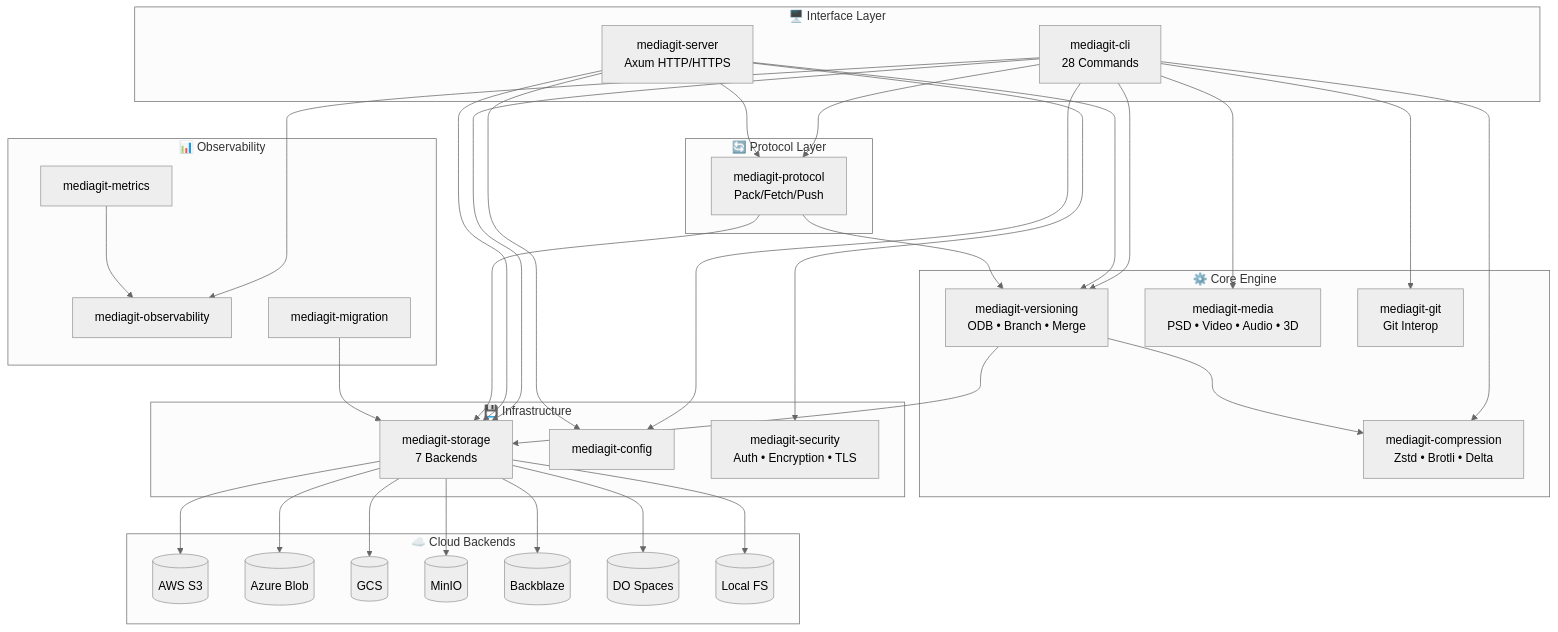
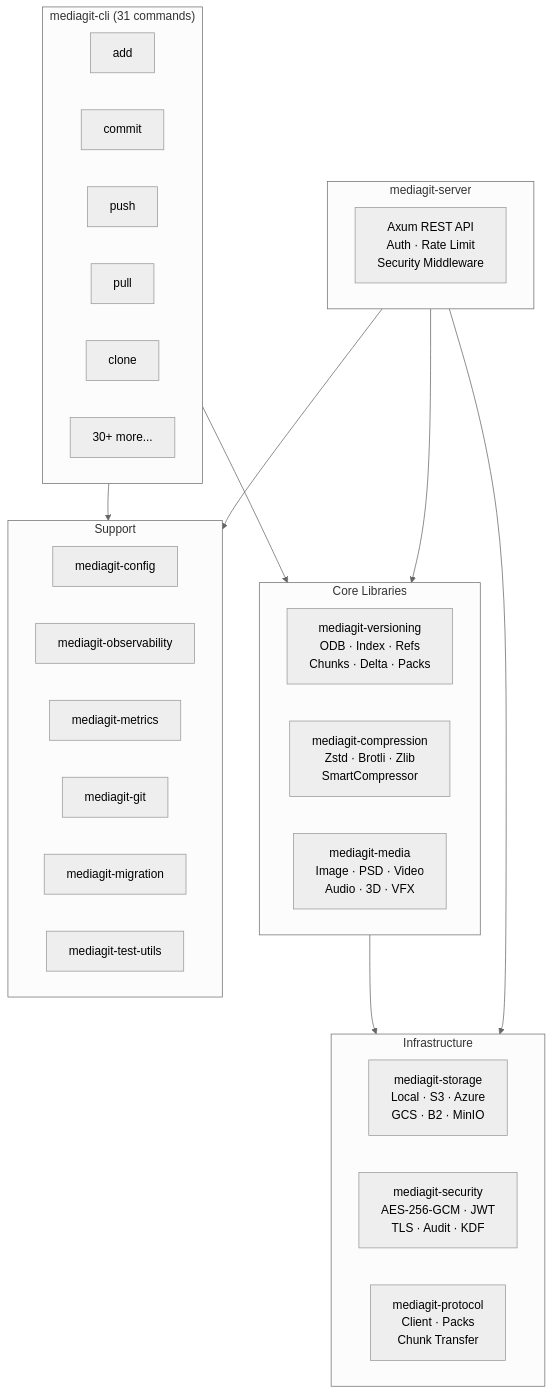
One commit to winnyboy5/mediagit-core changed the first of 11 diagrams in ARCHITECTURE.md. Above: the diagram before and after it, drawn with Mermaid (neutral theme). The commit also changed other lines of this file and 51 other files, not shown here.

````diff
--- a/ARCHITECTURE.md
+++ b/ARCHITECTURE.md
@@ -11,48 +10,43 @@
 ```mermaid
-flowchart TD
-    subgraph Interface["🖥️ Interface Layer"]
-        CLI["mediagit-cli<br/>28 Commands"]
-        SERVER["mediagit-server<br/>Axum HTTP/HTTPS"]
+graph TD
+    subgraph CLI["mediagit-cli (31 commands)"]
+        ADD["add"]
+        COMMIT["commit"]
+        PUSH["push"]
+        PULL["pull"]
+        CLONE["clone"]
+        OTHER["30+ more..."]
     end
-    
-    subgraph Protocol["🔄 Protocol Layer"]
-        PROTO["mediagit-protocol<br/>Pack/Fetch/Push"]
+
+    subgraph Core["Core Libraries"]
+        VER["mediagit-versioning<br/>ODB · Index · Refs<br/>Chunks · Delta · Packs"]
+        COMP["mediagit-compression<br/>Zstd · Brotli · Zlib<br/>SmartCompressor"]
+        MEDIA["mediagit-media<br/>Image · PSD · Video<br/>Audio · 3D · VFX"]
     end
-    
-    subgraph Core["⚙️ Core Engine"]
-        VERSIONING["mediagit-versioning<br/>ODB • Branch • Merge"]
-        COMPRESSION["mediagit-compression<br/>Zstd • Brotli • Delta"]
-        MEDIA["mediagit-media<br/>PSD • Video • Audio • 3D"]
-        GIT["mediagit-git<br/>Git Interop"]
+
+    subgraph Infra["Infrastructure"]
+        STORE["mediagit-storage<br/>Local · S3 · Azure<br/>GCS · B2 · MinIO"]
+        SEC["mediagit-security<br/>AES-256-GCM · JWT<br/>TLS · Audit · KDF"]
+        PROTO["mediagit-protocol<br/>Client · Packs<br/>Chunk Transfer"]
     end
-    
-    subgraph Infra["💾 Infrastructure"]
-        STORAGE["mediagit-storage<br/>7 Backends"]
-        CONFIG["mediagit-config"]
-        SECURITY["mediagit-security<br/>Auth • Encryption • TLS"]
+
+    subgraph Support["Support"]
+        CFG["mediagit-config"]
+        OBS["mediagit-observability"]
+        MET["mediagit-metrics"]
+        GIT["mediagit-git"]
+        MIG["mediagit-migration"]
+        TEST["mediagit-test-utils"]
     end
-    
-    subgraph Observe["📊 Observability"]
-        OBS["mediagit-observability"]
-        METRICS["mediagit-metrics"]
-        MIGRATION["mediagit-migration"]
+
+    subgraph Server["mediagit-server"]
+        AXUM["Axum REST API<br/>Auth · Rate Limit<br/>Security Middleware"]
     end
-    
-    subgraph Cloud["☁️ Cloud Backends"]
-        S3[(AWS S3)]
-        AZURE[(Azure Blob)]
-        GCS[(GCS)]
-        MINIO[(MinIO)]
-        B2[(Backblaze)]
-        DO[(DO Spaces)]
-        LOCAL[(Local FS)]
-    end
-    
-    CLI --> VERSIONING & COMPRESSION & MEDIA & GIT & PROTO & CONFIG & OBS & STORAGE
-    SERVER --> PROTO & VERSIONING & STORAGE & CONFIG & SECURITY
-    PROTO --> VERSIONING & STORAGE
-    VERSIONING --> STORAGE & COMPRESSION
-    METRICS --> OBS
-    MIGRATION --> STORAGE
-    STORAGE --> S3 & AZURE & GCS & MINIO & B2 & DO & LOCAL
+
+    CLI --> Core
+    Core --> Infra
+    Server --> Core
+    Server --> Infra
+    CLI --> Support
+    Server --> Support
 ```
````
